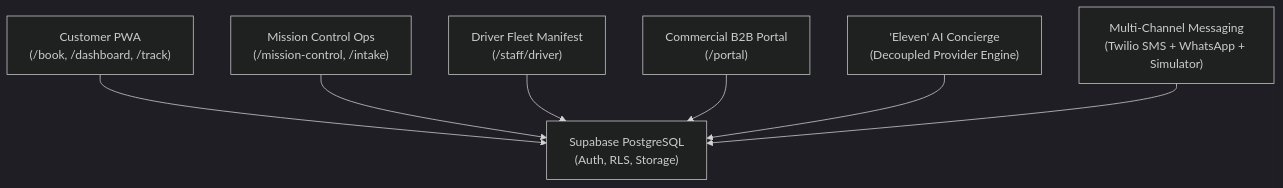
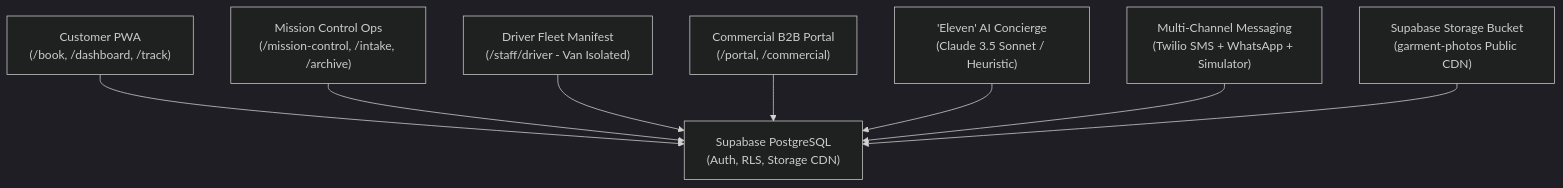
Before and after one commit to asejik/first-eleven-cleaners: the diagram in README.md, drawn with Mermaid (dark theme). The commit also changed other lines of this file and 5 other files, not shown here.

````diff
--- a/README.md
+++ b/README.md
@@ -14,9 +14,10 @@
 ```mermaid
 graph TD
-    A["Customer PWA\n(/book, /dashboard, /track)"] --> E["Supabase PostgreSQL\n(Auth, RLS, Storage)"]
-    B["Mission Control Ops\n(/mission-control, /intake)"] --> E
-    C["Driver Fleet Manifest\n(/staff/driver)"] --> E
-    D["Commercial B2B Portal\n(/portal)"] --> E
-    F["'Eleven' AI Concierge\n(Decoupled Provider Engine)"] --> E
+    A["Customer PWA\n(/book, /dashboard, /track)"] --> E["Supabase PostgreSQL\n(Auth, RLS, Storage CDN)"]
+    B["Mission Control Ops\n(/mission-control, /intake, /archive)"] --> E
+    C["Driver Fleet Manifest\n(/staff/driver - Van Isolated)"] --> E
+    D["Commercial B2B Portal\n(/portal, /commercial)"] --> E
+    F["'Eleven' AI Concierge\n(Claude 3.5 Sonnet / Heuristic)"] --> E
     G["Multi-Channel Messaging\n(Twilio SMS + WhatsApp + Simulator)"] --> E
+    H["Supabase Storage Bucket\n(garment-photos Public CDN)"] --> E
 ```
````
